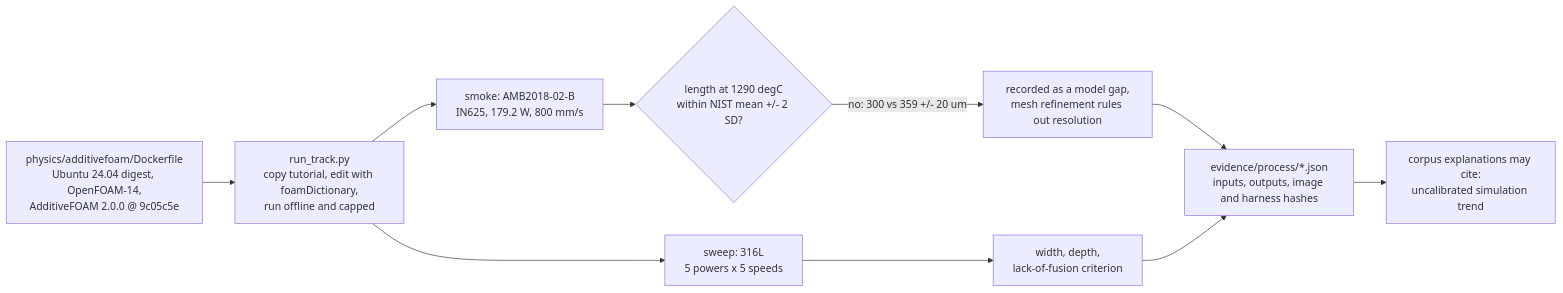
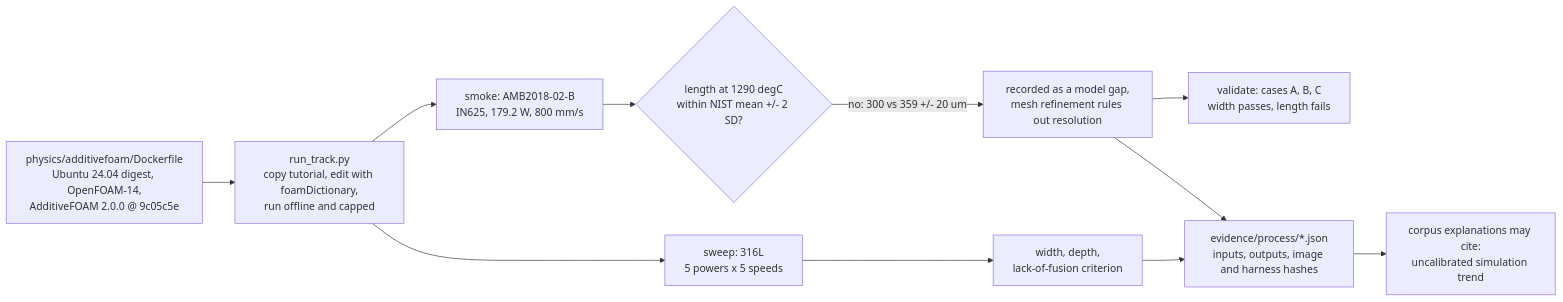
One commit to cluster2600/qwen-picogk changed the diagram in docs/PROCESS_SIMULATION.md. Above: the diagram before and after it, drawn with Mermaid. The commit also changed other lines of this file and 8 other files, not shown here.

First line of the commit message:
Validate AdditiveFOAM against AM-Bench cases A, B and C; defer thin walls

````diff
--- a/docs/PROCESS_SIMULATION.md
+++ b/docs/PROCESS_SIMULATION.md
@@ -19,12 +21,13 @@
 ```mermaid
 flowchart LR
     A["physics/additivefoam/Dockerfile<br/>Ubuntu 24.04 digest, OpenFOAM-14,<br/>AdditiveFOAM 2.0.0 @ 9c05c5e"] --> B["run_track.py<br/>copy tutorial, edit with foamDictionary,<br/>run offline and capped"]
     B --> C["smoke: AMB2018-02-B<br/>IN625, 179.2 W, 800 mm/s"]
     C --> D{"length at 1290 degC<br/>within NIST mean +/- 2 SD?"}
     D -- "no: 300 vs 359 +/- 20 um" --> E["recorded as a model gap,<br/>mesh refinement rules out resolution"]
+    E --> V["validate: cases A, B, C<br/>width passes, length fails"]
     B --> F["sweep: 316L<br/>5 powers x 5 speeds"]
     F --> G["width, depth,<br/>lack-of-fusion criterion"]
     E --> H["evidence/process/*.json<br/>inputs, outputs, image and harness hashes"]
     G --> H
     H --> I["corpus explanations may cite:<br/>uncalibrated simulation trend"]
 ```
````
